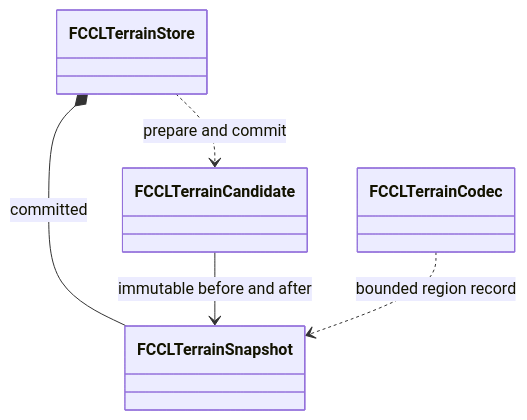
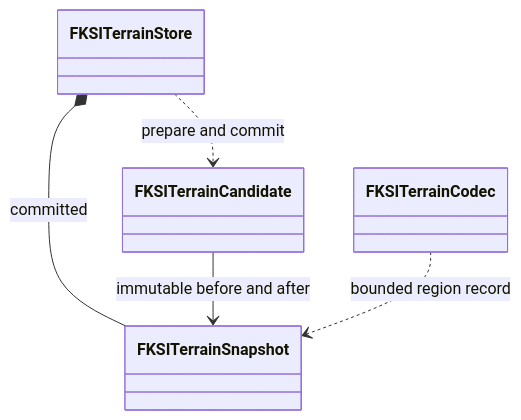
The fifth of 6 diagrams in Docs/EnvironmentPlan.md (kang-sihwon/ccl8), drawn with Mermaid before and after one commit. The commit also changed other lines of this file and 6 other files, not shown here.

````diff
--- a/Docs/EnvironmentPlan.md
+++ b/Docs/EnvironmentPlan.md
@@ -773,7 +771,7 @@
 ```mermaid
 classDiagram
-    FCCLTerrainStore *-- FCCLTerrainSnapshot : committed
-    FCCLTerrainCandidate --> FCCLTerrainSnapshot : immutable before and after
-    FCCLTerrainStore ..> FCCLTerrainCandidate : prepare and commit
-    FCCLTerrainCodec ..> FCCLTerrainSnapshot : bounded region record
+    FKSITerrainStore *-- FKSITerrainSnapshot : committed
+    FKSITerrainCandidate --> FKSITerrainSnapshot : immutable before and after
+    FKSITerrainStore ..> FKSITerrainCandidate : prepare and commit
+    FKSITerrainCodec ..> FKSITerrainSnapshot : bounded region record
 ```
````
